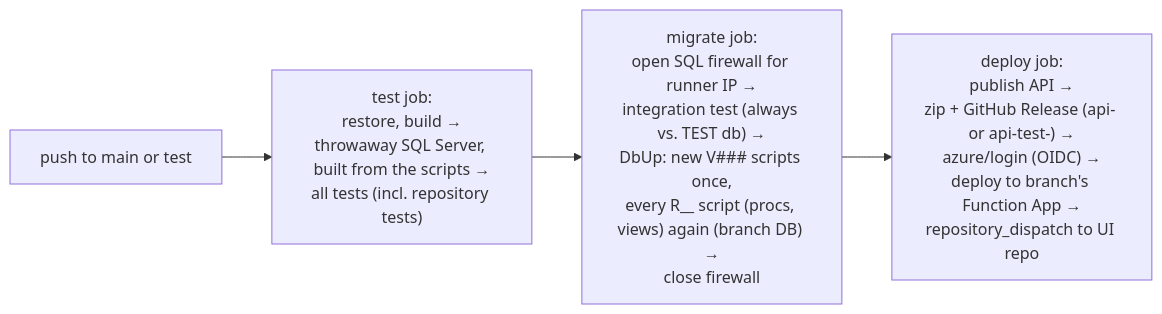
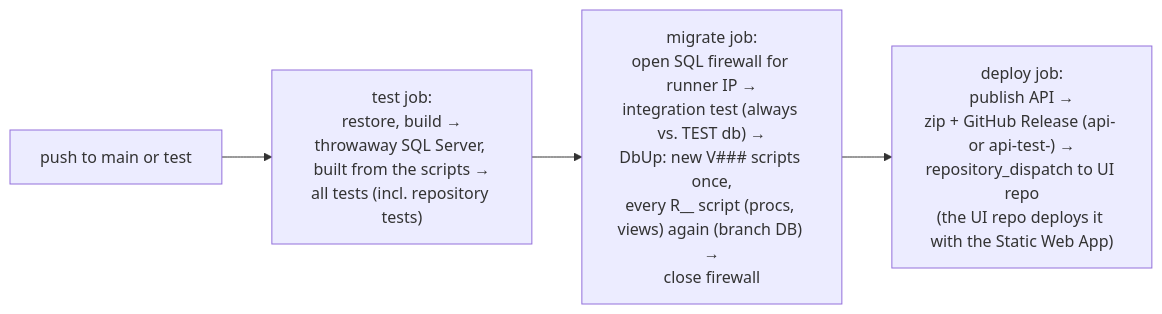
The second of 3 diagrams in ARCHITECTURE.md (shriyaminingindustriesgroup/ShriyaMiningIndustries_Docs), drawn with Mermaid before and after one commit. The commit also changed other lines of this file and 1 other file, not shown here.

First line of the commit message:
Stop deploying to the standalone Function Apps; 400 for unreadable bodies

````diff
--- a/ARCHITECTURE.md
+++ b/ARCHITECTURE.md
@@ -157,6 +157,6 @@
 ```mermaid
 flowchart LR
     Push["push to main or test"] --> Test["test job:\nrestore, build →\nthrowaway SQL Server, built from the scripts →\nall tests (incl. repository tests)"]
     Test --> Migrate["migrate job:\nopen SQL firewall for runner IP →\nintegration test (always vs. TEST db) →\nDbUp: new V### scripts once,\nevery R__ script (procs, views) again (branch DB) →\nclose firewall"]
-    Migrate --> Deploy["deploy job:\npublish API →\nzip + GitHub Release (api-<sha> or api-test-<sha>) →\nazure/login (OIDC) →\ndeploy to branch's Function App →\nrepository_dispatch to UI repo"]
+    Migrate --> Deploy["deploy job:\npublish API →\nzip + GitHub Release (api-<sha> or api-test-<sha>) →\nrepository_dispatch to UI repo\n(the UI repo deploys it with the Static Web App)"]
 ```
````
